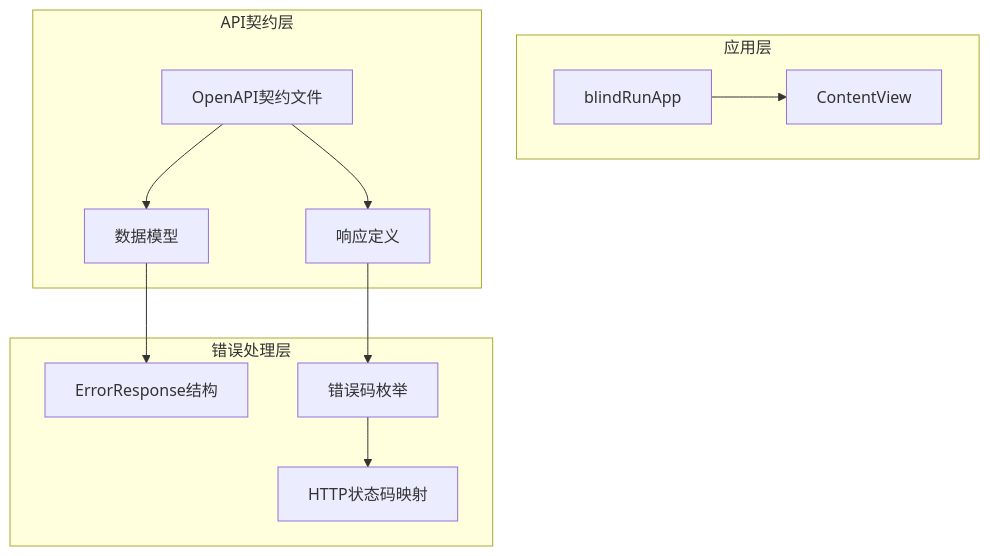
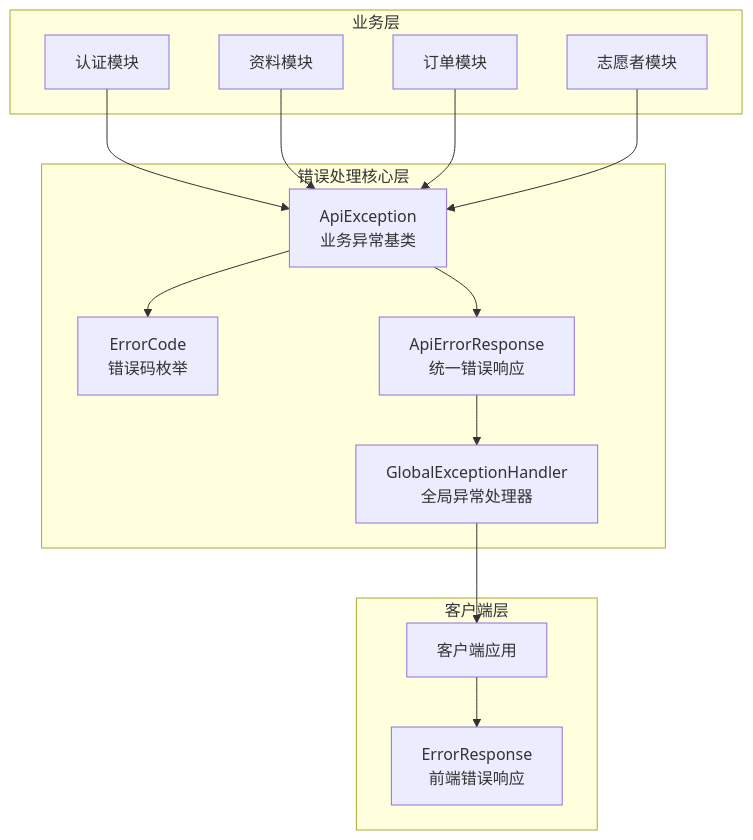
One commit to Jayden23018/blind-run-ios changed the first of 5 diagrams in .qoder/repowiki/zh/content/API 接口文档/错误处理与响应.md. Above: the diagram before and after it, drawn with Mermaid. The commit also changed other lines of this file and 7 other files, not shown here.

````diff
--- a/.qoder/repowiki/zh/content/API 接口文档/错误处理与响应.md
+++ b/.qoder/repowiki/zh/content/API 接口文档/错误处理与响应.md
@@ -29,23 +43,28 @@
 ```mermaid
 graph TB
-subgraph "应用层"
-App[blindRunApp]
-Content[ContentView]
+subgraph "错误处理核心层"
+ApiException[ApiException<br/>业务异常基类]
+ErrorCode[ErrorCode<br/>错误码枚举]
+ApiErrorResponse[ApiErrorResponse<br/>统一错误响应]
+GlobalExceptionHandler[GlobalExceptionHandler<br/>全局异常处理器]
 end
-subgraph "API契约层"
-OpenAPI[OpenAPI契约文件]
-Schemas[数据模型]
-Responses[响应定义]
+subgraph "业务层"
+Auth[认证模块]
+Profile[资料模块]
+Order[订单模块]
+Volunteer[志愿者模块]
 end
-subgraph "错误处理层"
-ErrorResponse[ErrorResponse结构]
-ErrorCodes[错误码枚举]
-HTTPMapping[HTTP状态码映射]
+subgraph "客户端层"
+Client[客户端应用]
+ErrorResponse[ErrorResponse<br/>前端错误响应]
 end
-App --> Content
-OpenAPI --> Schemas
-OpenAPI --> Responses
-Schemas --> ErrorResponse
-Responses --> ErrorCodes
-ErrorCodes --> HTTPMapping
+ApiException --> ErrorCode
+ApiException --> ApiErrorResponse
+ApiErrorResponse --> GlobalExceptionHandler
+GlobalExceptionHandler --> Client
+Auth --> ApiException
+Profile --> ApiException
+Order --> ApiException
+Volunteer --> ApiException
+Client --> ErrorResponse
 ```
````
